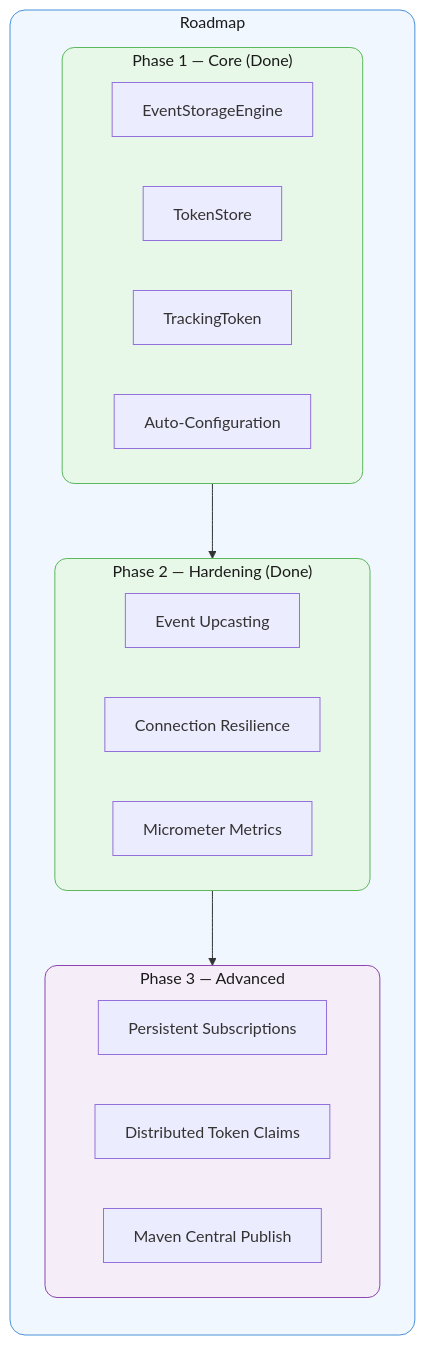
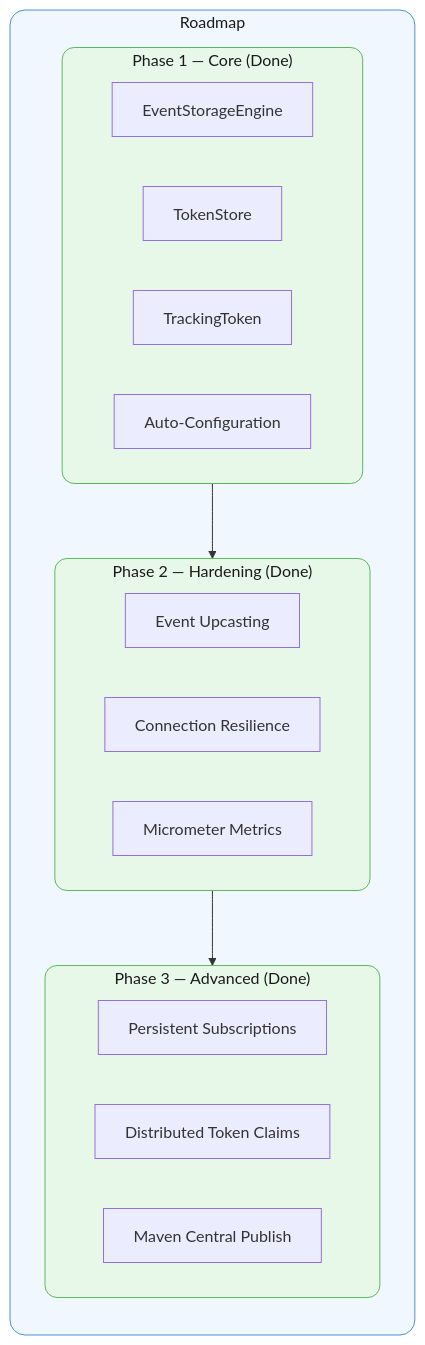
The sixth of 6 diagrams in README.md (bsakweson/axon-eventstoredb), drawn with Mermaid before and after one commit. The commit also changed other lines of this file and 18 other files, not shown here.

````diff
--- a/README.md
+++ b/README.md
@@ -376,30 +490,30 @@
 ```mermaid
 graph LR
     subgraph roadmap["Roadmap"]
         style roadmap fill:#f0f7ff,stroke:#4a90d9,rx:15,ry:15,color:#1a1a1a
 
         subgraph phase1["Phase 1 — Core (Done)"]
             style phase1 fill:#e8f8e8,stroke:#5cb85c,rx:12,ry:12,color:#1a1a1a
             p1a["EventStorageEngine"]
             p1b["TokenStore"]
             p1c["TrackingToken"]
             p1d["Auto-Configuration"]
         end
 
         subgraph phase2["Phase 2 — Hardening (Done)"]
             style phase2 fill:#e8f8e8,stroke:#5cb85c,rx:12,ry:12,color:#1a1a1a
             p2a["Event Upcasting"]
             p2b["Connection Resilience"]
             p2c["Micrometer Metrics"]
         end
 
-        subgraph phase3["Phase 3 — Advanced"]
-            style phase3 fill:#f5eef8,stroke:#8e44ad,rx:12,ry:12,color:#1a1a1a
+        subgraph phase3["Phase 3 — Advanced (Done)"]
+            style phase3 fill:#e8f8e8,stroke:#5cb85c,rx:12,ry:12,color:#1a1a1a
             p3a["Persistent Subscriptions"]
             p3b["Distributed Token Claims"]
             p3c["Maven Central Publish"]
         end
     end
 
     phase1 --> phase2 --> phase3
 ```
````
